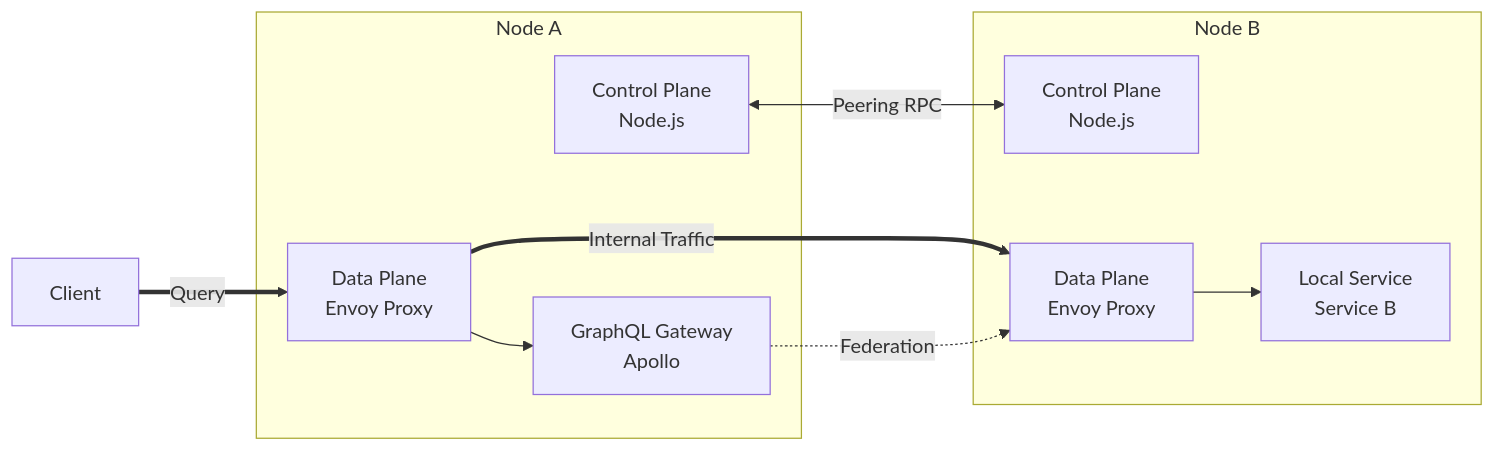
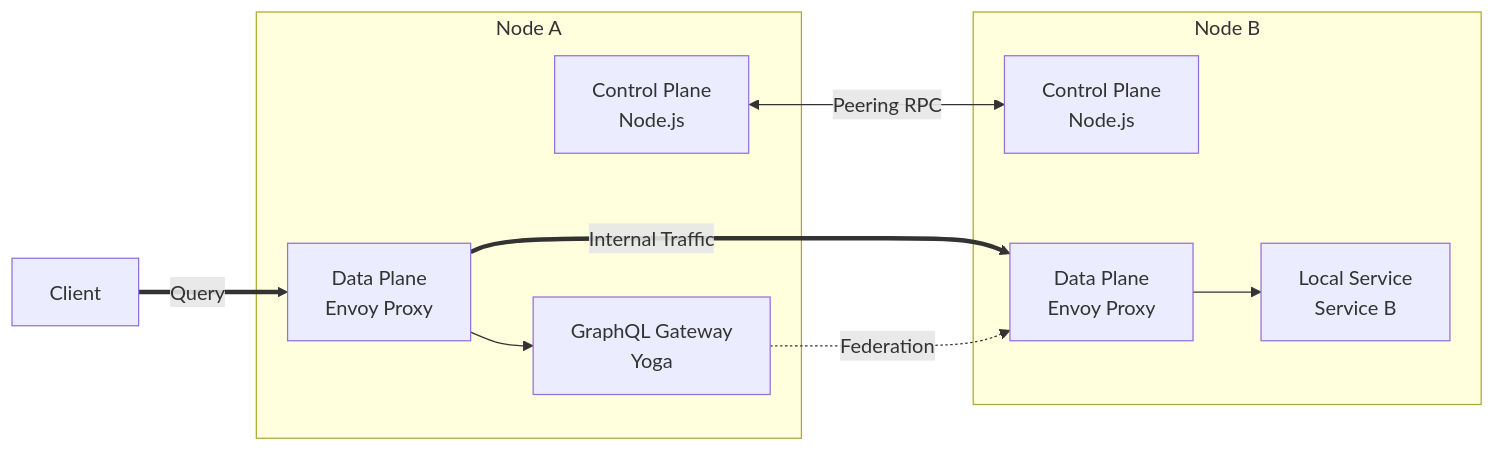
The second of 5 diagrams in IMPLEMENTATION_PHASES.md (orbisoperations/catalyst-router), drawn with Mermaid before and after one commit. The commit also changed other lines of this file, not shown here.

````diff
--- a/IMPLEMENTATION_PHASES.md
+++ b/IMPLEMENTATION_PHASES.md
@@ -36,21 +52,21 @@
 ```mermaid
 graph LR
     subgraph NodeA [Node A]
         CA[Control Plane<br/>Node.js]
         DA[Data Plane<br/>Envoy Proxy]
-        GA[GraphQL Gateway<br/>Apollo]
+        GA[GraphQL Gateway<br/>Yoga]
     end
     subgraph NodeB [Node B]
         CB[Control Plane<br/>Node.js]
         DB[Data Plane<br/>Envoy Proxy]
         SB[Local Service<br/>Service B]
     end
     
     Client[Client] ==>|Query| DA
     
     CA <-->|Peering RPC| CB
     DA ==>|Internal Traffic| DB
     DA --> GA
     GA -.->|Federation| DB
     DB --> SB
 ```
````
